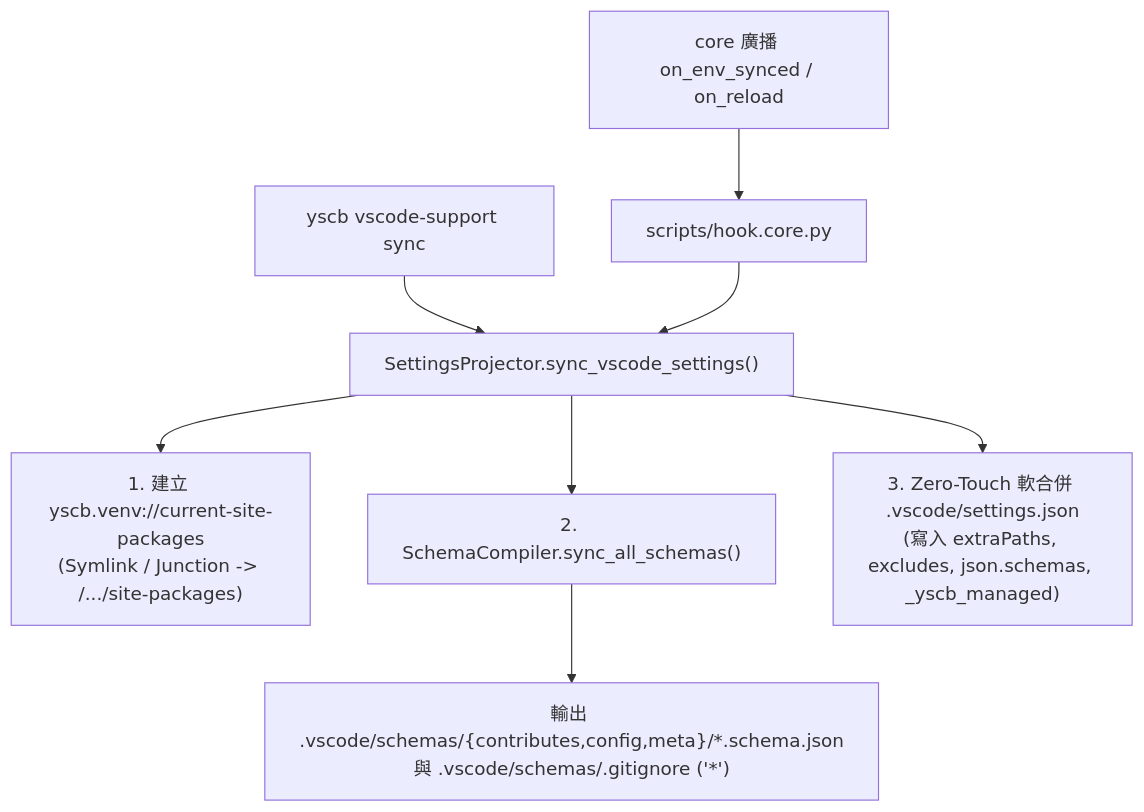
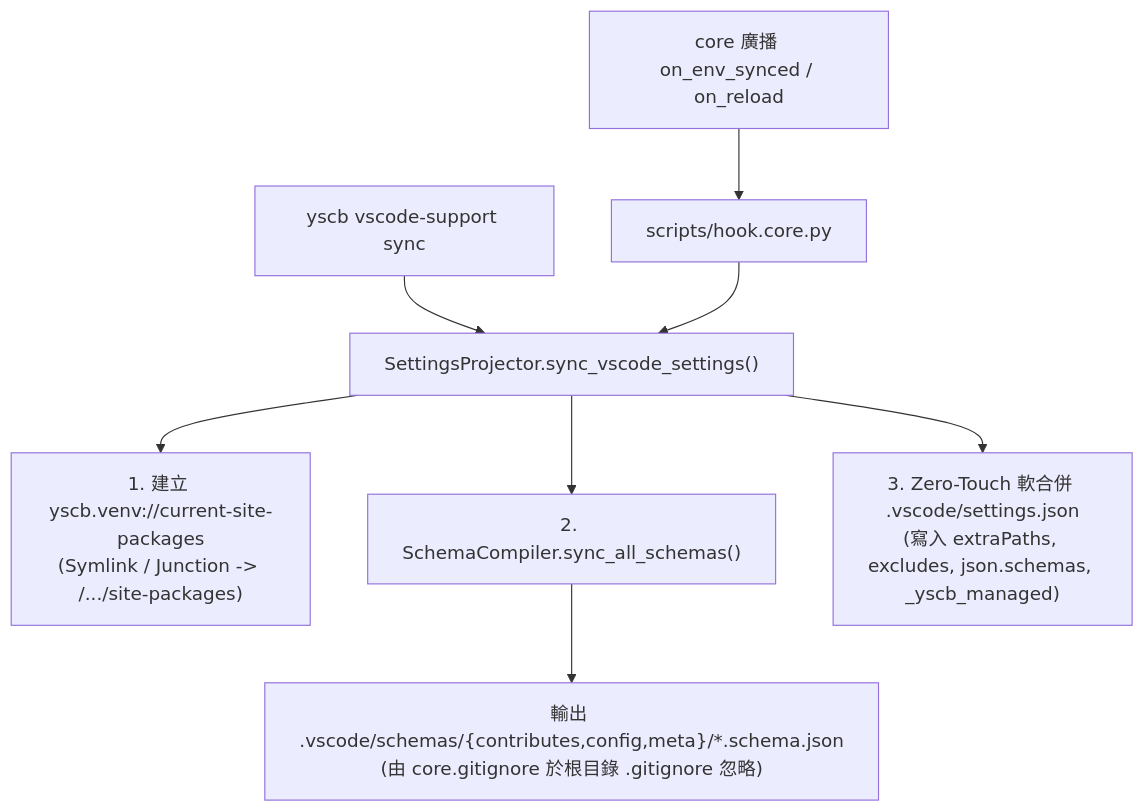
The diagram in docs/vscode-support/README.md (ysnaive/ys-codebase), drawn with Mermaid before and after one commit. The commit also changed other lines of this file and 26 other files, not shown here.

First line of the commit message:
feat(core): unify .gitignore management into core.gitignore with #[module] grouping

````diff
--- a/docs/vscode-support/README.md
+++ b/docs/vscode-support/README.md
@@ -36,11 +36,11 @@
 ```mermaid
 flowchart TD
     EVT["core 廣播 on_env_synced / on_reload"] --> HOOK["scripts/hook.core.py"]
     CLI["yscb vscode-support sync"] --> PROJ["SettingsProjector.sync_vscode_settings()"]
     HOOK --> PROJ
 
     PROJ --> LINK["1. 建立 yscb.venv://current-site-packages\n(Symlink / Junction -> <py_tag>/.../site-packages)"]
     PROJ --> SC["2. SchemaCompiler.sync_all_schemas()"]
-    SC --> SCHEMAS["輸出 .vscode/schemas/{contributes,config,meta}/*.schema.json\n與 .vscode/schemas/.gitignore ('*')"]
+    SC --> SCHEMAS["輸出 .vscode/schemas/{contributes,config,meta}/*.schema.json\n(由 core.gitignore 於根目錄 .gitignore 忽略)"]
     PROJ --> MERGE["3. Zero-Touch 軟合併 .vscode/settings.json\n(寫入 extraPaths, excludes, json.schemas, _yscb_managed)"]
 ```
````
